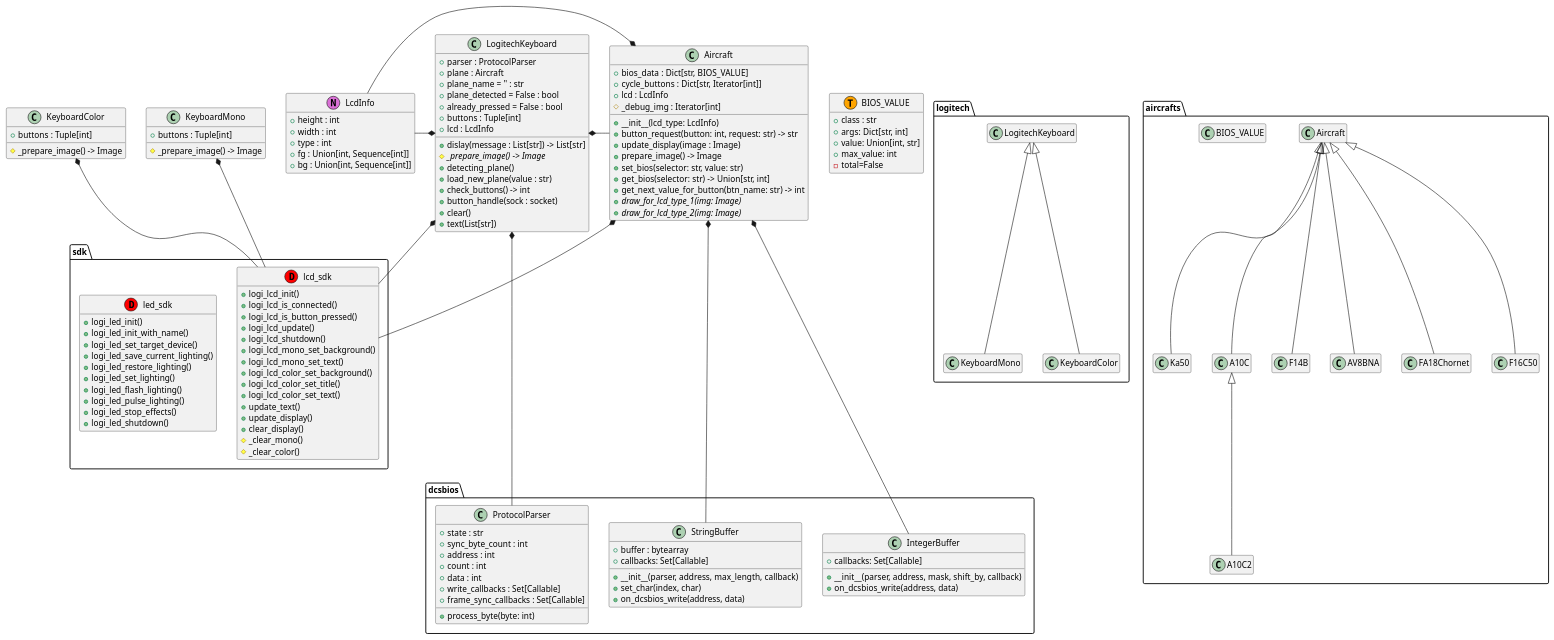
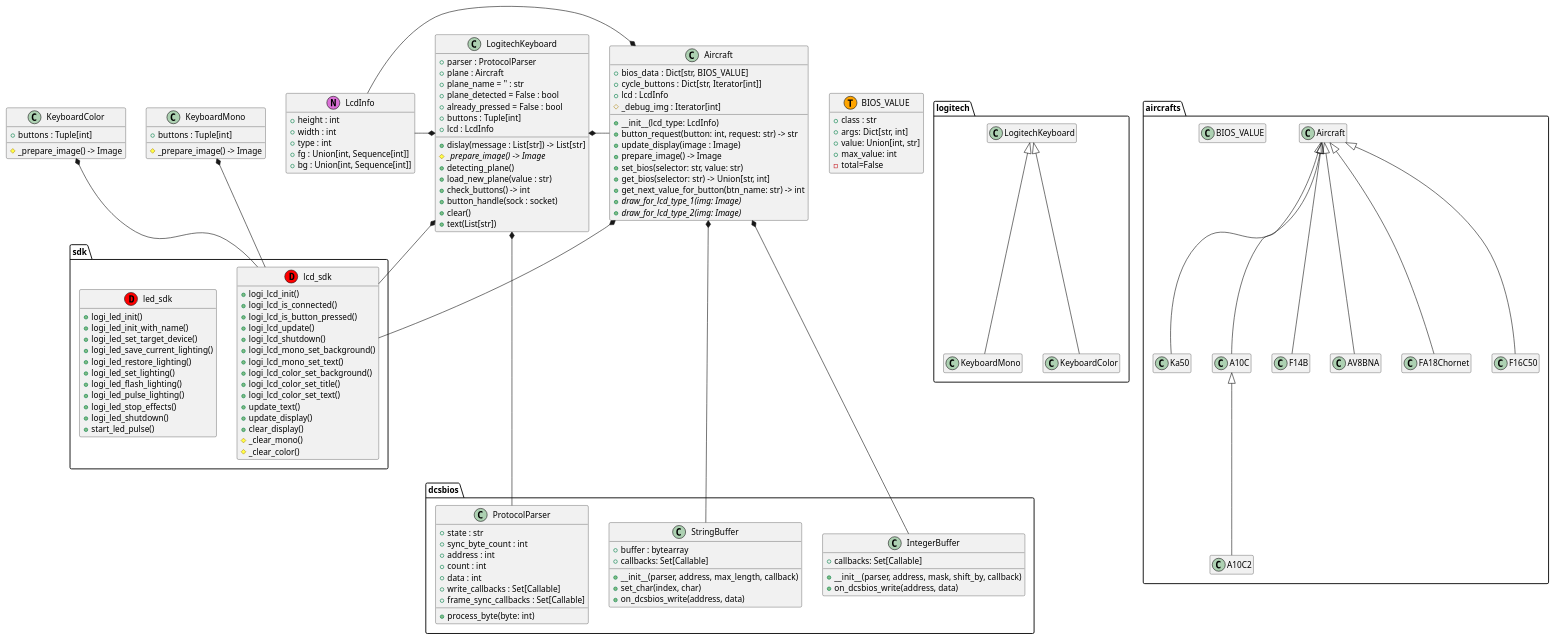
One commit to emcek/dcspy changed the diagram in uml/classes.puml. Above: the diagram before and after it, drawn with PlantUML.

Commit message:
update uml FORM LED SDK

```diff
--- a/uml/classes.puml
+++ b/uml/classes.puml
@@ -1,151 +1,152 @@
 @startuml
 hide empty members
 
 package dcsbios {
     class ProtocolParser {
         + state : str
         + sync_byte_count : int
         + address : int
         + count : int
         + data : int
         + write_callbacks : Set[Callable]
         + frame_sync_callbacks : Set[Callable]
         + process_byte(byte: int)
     }
 
     class StringBuffer {
         + buffer : bytearray
         + callbacks: Set[Callable]
         + __init__(parser, address, max_length, callback)
         + set_char(index, char)
         + on_dcsbios_write(address, data)
     }
 
     class IntegerBuffer {
         + callbacks: Set[Callable]
         + __init__(parser, address, mask, shift_by, callback)
         + on_dcsbios_write(address, data)
     }
 }
 
 package logitech {
     LogitechKeyboard <|-- KeyboardMono
     LogitechKeyboard <|-- KeyboardColor
 }
 
 class LogitechKeyboard {
     + parser : ProtocolParser
     + plane : Aircraft
     + plane_name = '' : str
     + plane_detected = False : bool
     + already_pressed = False : bool
     + buttons : Tuple[int]
     + lcd : LcdInfo
     + dislay(message : List[str]) -> List[str]
     # {abstract} _prepare_image() -> Image
     + detecting_plane()
     + load_new_plane(value : str)
     + check_buttons() -> int
     + button_handle(sock : socket)
     + clear()
     + text(List[str])
 }
 
 class KeyboardMono {
     + buttons : Tuple[int]
     # _prepare_image() -> Image
 }
 
 class KeyboardColor {
     + buttons : Tuple[int]
     # _prepare_image() -> Image
 }
 
 package aircrafts {
   Aircraft <|-- FA18Chornet
   Aircraft <|-- F16C50
   Aircraft <|-- Ka50
   Aircraft <|-- A10C
   A10C <|-- A10C2
   Aircraft <|-- F14B
   Aircraft <|-- AV8BNA
   class BIOS_VALUE
 }
 
 class Aircraft {
     + bios_data : Dict[str, BIOS_VALUE]
     + cycle_buttons : Dict[str, Iterator[int]]
     + lcd : LcdInfo
     # _debug_img : Iterator[int]
     + __init__(lcd_type: LcdInfo)
     + button_request(button: int, request: str) -> str
     + update_display(image : Image)
     + prepare_image() -> Image
     + set_bios(selector: str, value: str)
     + get_bios(selector: str) -> Union[str, int]
     + get_next_value_for_button(btn_name: str) -> int
     + {abstract} draw_for_lcd_type_1(img: Image)
     + {abstract} draw_for_lcd_type_2(img: Image)
 }
 
 class BIOS_VALUE <<(T,orange)>> {
     + class : str
     + args: Dict[str, int]
     + value: Union[int, str]
     + max_value: int
     - total=False
 }
 
 class LcdInfo <<(N,orchid)>> {
     + height : int
     + width : int
     + type : int
     + fg : Union[int, Sequence[int]]
     + bg : Union[int, Sequence[int]]
 }
 
 package sdk{
     class lcd_sdk <<(D,red)>> {
         + logi_lcd_init()
         + logi_lcd_is_connected()
         + logi_lcd_is_button_pressed()
         + logi_lcd_update()
         + logi_lcd_shutdown()
         + logi_lcd_mono_set_background()
         + logi_lcd_mono_set_text()
         + logi_lcd_color_set_background()
         + logi_lcd_color_set_title()
         + logi_lcd_color_set_text()
         + update_text()
         + update_display()
         + clear_display()
         # _clear_mono()
         # _clear_color()
     }
     class led_sdk <<(D,red)>> {
         + logi_led_init()
         + logi_led_init_with_name()
         + logi_led_set_target_device()
         + logi_led_save_current_lighting()
         + logi_led_restore_lighting()
         + logi_led_set_lighting()
         + logi_led_flash_lighting()
         + logi_led_pulse_lighting()
         + logi_led_stop_effects()
         + logi_led_shutdown()
+        + start_led_pulse()
     }
 }
 
 LogitechKeyboard *- Aircraft
 LcdInfo -* LogitechKeyboard
 LogitechKeyboard *--- ProtocolParser
 LogitechKeyboard *-- lcd_sdk
 
 KeyboardMono *-- lcd_sdk
 KeyboardColor *-- lcd_sdk
 
 LcdInfo -* Aircraft
 Aircraft *-- StringBuffer
 Aircraft *-- IntegerBuffer
 Aircraft *-- lcd_sdk
 @enduml
```
